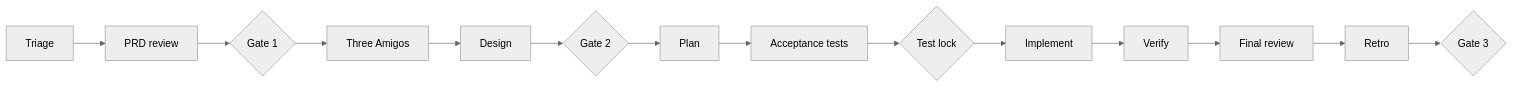
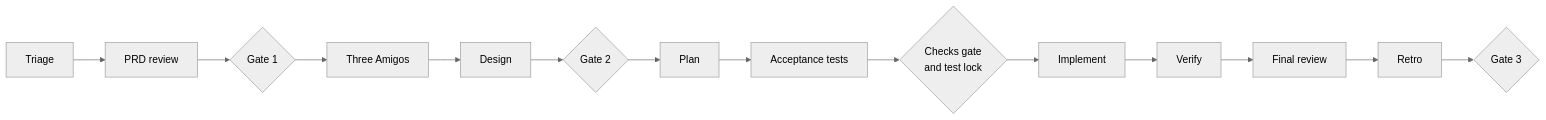
Before and after one commit to devlnull/magenta-agents: the first of 2 diagrams in plugins/magenta/skills/workflow/SKILL.md, drawn with Mermaid (neutral theme). The commit also changed other lines of this file and 68 other files, not shown here.

First line of the commit message:
Verify first: checks as the definition of done (0.7.0)

````diff
--- a/plugins/magenta/skills/workflow/SKILL.md
+++ b/plugins/magenta/skills/workflow/SKILL.md
@@ -102,5 +136,5 @@
 ```mermaid
 flowchart LR
   T["Triage"] --> R["PRD review"] --> G1{"Gate 1"} --> A["Three Amigos"] --> D["Design"] --> G2{"Gate 2"}
-  G2 --> P["Plan"] --> AT["Acceptance tests"] --> L{"Test lock"} --> I["Implement"] --> V["Verify"] --> F["Final review"] --> RT["Retro"] --> G3{"Gate 3"}
+  G2 --> P["Plan"] --> AT["Acceptance tests"] --> L{"Checks gate<br/>and test lock"} --> I["Implement"] --> V["Verify"] --> F["Final review"] --> RT["Retro"] --> G3{"Gate 3"}
 ```
````
